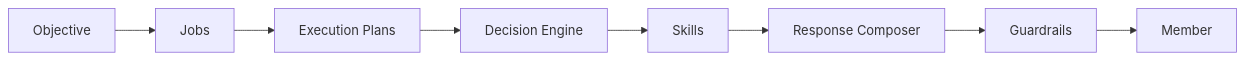
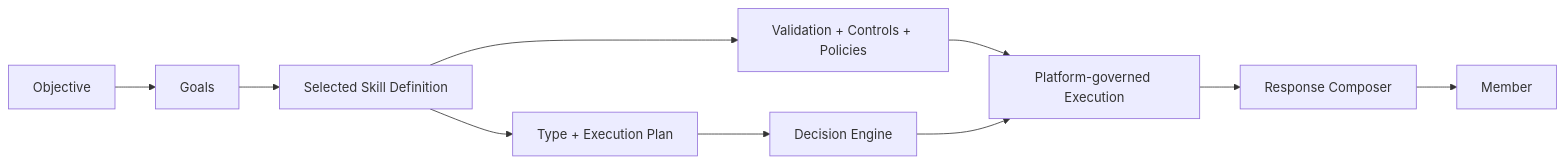
One commit to bhochhi/nexus changed diagram 13 of 14 in docs/Agentic_Chat_Architecture_Deck.md. Above: the diagram before and after it, drawn with Mermaid. The commit also changed other lines of this file, not shown here.

Commit message:
refactor: update terminology from jobs to goals in architecture deck

````diff
--- a/docs/Agentic_Chat_Architecture_Deck.md
+++ b/docs/Agentic_Chat_Architecture_Deck.md
@@ -493,10 +495,12 @@
 ```mermaid
 flowchart LR
-    O[Objective] --> J[Jobs]
-    J --> P[Execution Plans]
+    O[Objective] --> G[Goals]
+    G --> S[Selected Skill Definition]
+    S --> P[Type + Execution Plan]
+    S --> V[Validation + Controls + Policies]
     P --> D[Decision Engine]
-    D --> S[Skills]
-    S --> R[Response Composer]
-    R --> G[Guardrails]
-    G --> M[Member]
+    V --> E[Platform-governed Execution]
+    D --> E
+    E --> R[Response Composer]
+    R --> M[Member]
 ```
````
